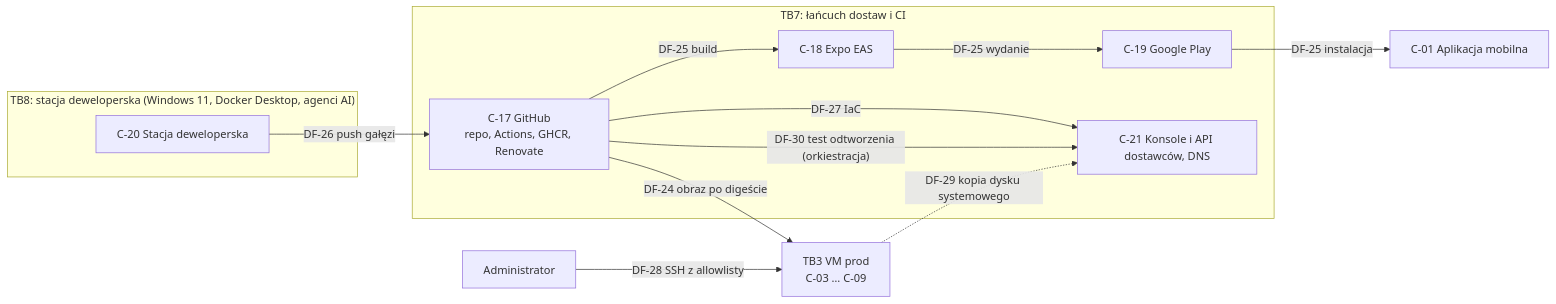
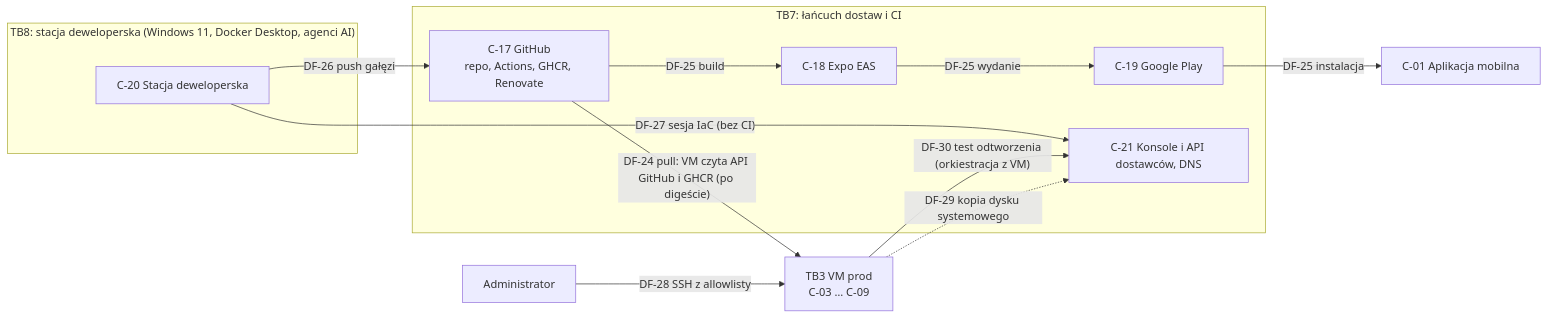
Before and after one commit to konradkluz/evia-manager: the diagram in docs/security/threat-model.md, drawn with Mermaid. The commit also changed other lines of this file and 1 other file, not shown here.

````diff
--- a/docs/security/threat-model.md
+++ b/docs/security/threat-model.md
@@ -80,24 +80,24 @@
 ```mermaid
 flowchart LR
   subgraph TB8["TB8: stacja deweloperska (Windows 11, Docker Desktop, agenci AI)"]
     dev["C-20 Stacja deweloperska"]
   end
   subgraph TB7["TB7: łańcuch dostaw i CI"]
     gh["C-17 GitHub<br/>repo, Actions, GHCR, Renovate"]
     eas["C-18 Expo EAS"]
     play["C-19 Google Play"]
     cons["C-21 Konsole i API dostawców, DNS"]
   end
   vm["TB3 VM prod<br/>C-03 … C-09"]
   phone["C-01 Aplikacja mobilna"]
   admin["Administrator"]
   dev -->|"DF-26 push gałęzi"| gh
-  gh -->|"DF-24 obraz po digeście"| vm
+  gh -->|"DF-24 pull: VM czyta API GitHub i GHCR (po digeście)"| vm
   gh -->|"DF-25 build"| eas
   eas -->|"DF-25 wydanie"| play
   play -->|"DF-25 instalacja"| phone
-  gh -->|"DF-27 IaC"| cons
-  gh -->|"DF-30 test odtworzenia (orkiestracja)"| cons
+  dev -->|"DF-27 sesja IaC (bez CI)"| cons
+  vm -->|"DF-30 test odtworzenia (orkiestracja z VM)"| cons
   admin -->|"DF-28 SSH z allowlisty"| vm
   vm -.->|"DF-29 kopia dysku systemowego"| cons
 ```
````
